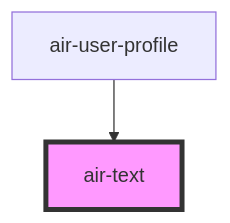
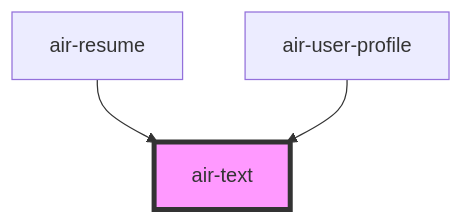
One commit to openwebstudio/AirUI changed the diagram in src/components/text/readme.md. Above: the diagram before and after it, drawn with Mermaid. The commit also changed other lines of this file and 23 other files, not shown here.

````diff
--- a/src/components/text/readme.md
+++ b/src/components/text/readme.md
@@ -28,5 +29,6 @@
 ```mermaid
 graph TD;
+  air-resume --> air-text
   air-user-profile --> air-text
   style air-text fill:#f9f,stroke:#333,stroke-width:4px
 ```
````
